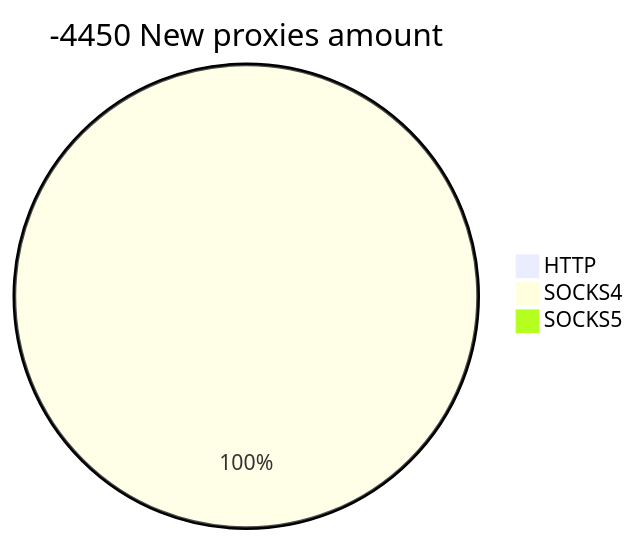
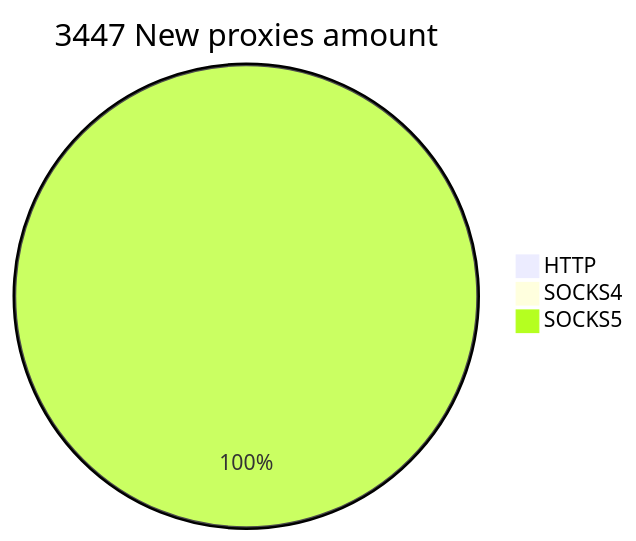
Before and after one commit to cutipu/proxylist: the second of 2 diagrams in README.md, drawn with Mermaid. The commit also changed other lines of this file, not shown here.

````diff
--- a/README.md
+++ b/README.md
@@ -10,6 +10,6 @@
 ```mermaid
-pie title -4450 New proxies amount
+pie title 3447 New proxies amount
     "HTTP" : 0
-    "SOCKS4" : 1
-    "SOCKS5" : 0
+    "SOCKS4" : 0
+    "SOCKS5" : 3448
 ```
````
